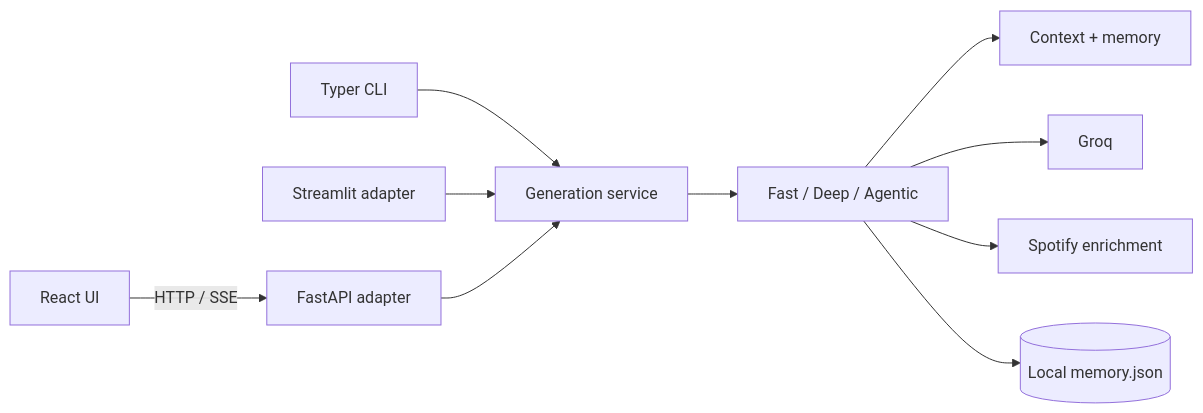
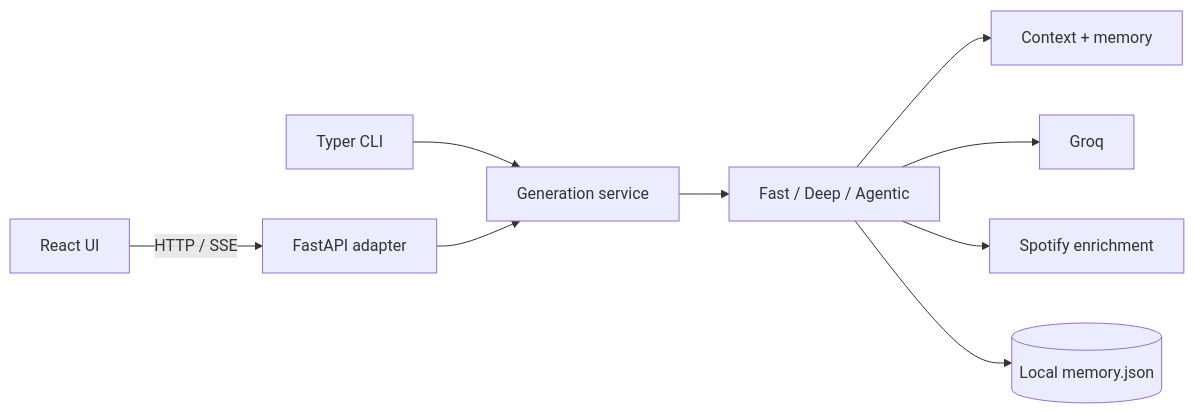
The first of 2 diagrams in docs/system-design.md (niravpatidar37/mood-playlist-agent), drawn with Mermaid before and after one commit. The commit also changed other lines of this file and 16 other files, not shown here.

````diff
--- a/docs/system-design.md
+++ b/docs/system-design.md
@@ -12,12 +12,11 @@
 ```mermaid
 flowchart LR
   Browser[React UI] -->|HTTP / SSE| API[FastAPI adapter]
   CLI[Typer CLI] --> Service[Generation service]
-  Streamlit[Streamlit adapter] --> Service
   API --> Service
   Service --> Agents[Fast / Deep / Agentic]
   Agents --> Context[Context + memory]
   Agents --> LLM[Groq]
   Agents --> Spotify[Spotify enrichment]
   Agents --> Memory[(Local memory.json)]
 ```
````
